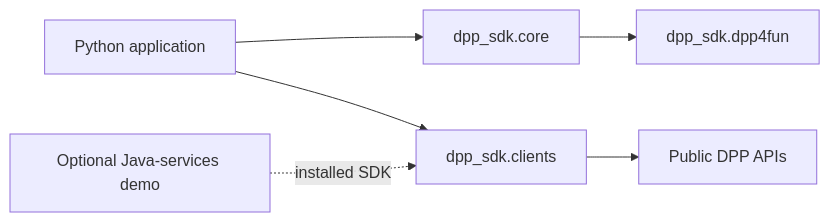
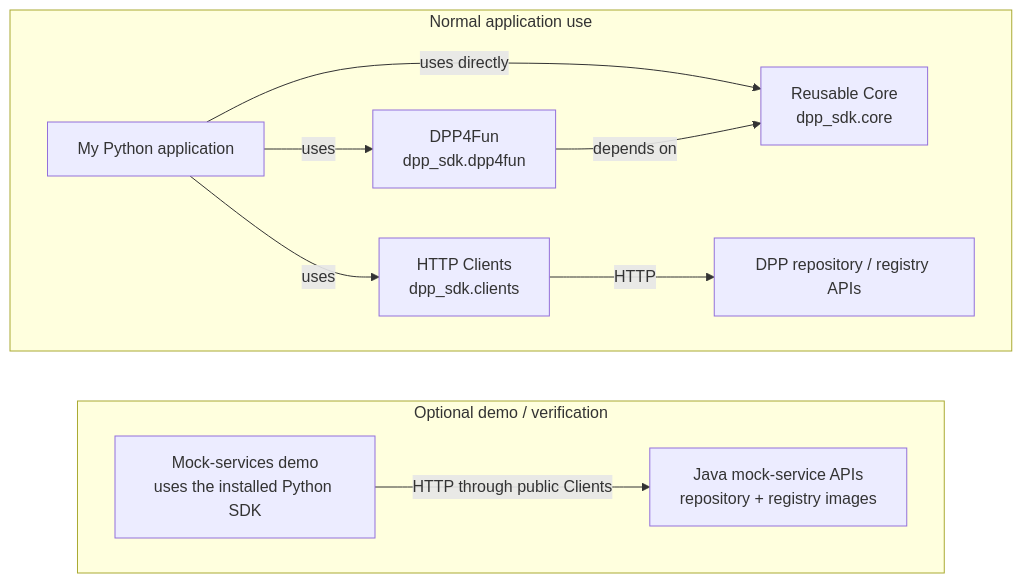
One commit to CIR4FUN-EU/python-dpp-sdk changed the diagram in docs/architecture/python-sdk-overview.mmd. Above: the diagram before and after it, drawn with Mermaid. The commit also changed 114 other files, not shown here.

Commit message:
refactor: finalize mock services demo verification

```diff
--- a/docs/architecture/python-sdk-overview.mmd
+++ b/docs/architecture/python-sdk-overview.mmd
@@ -1,6 +1,24 @@
-flowchart LR
-  App["Python application"] --> Core["dpp_sdk.core"]
-  Core --> Furniture["dpp_sdk.dpp4fun"]
-  App --> Clients["dpp_sdk.clients"]
-  Clients --> Api["Public DPP APIs"]
-  Demo["Optional Java-services demo"] -. installed SDK .-> Clients
+flowchart TB
+  subgraph Normal["Normal application use"]
+    direction LR
+    App["My Python application"]
+    Core["Reusable Core<br/>dpp_sdk.core"]
+    Dpp4Fun["DPP4Fun<br/>dpp_sdk.dpp4fun"]
+    Clients["HTTP Clients<br/>dpp_sdk.clients"]
+    APIs["DPP repository / registry APIs"]
+
+    App -->|uses directly| Core
+    App -->|uses| Dpp4Fun
+    Dpp4Fun -->|depends on| Core
+    App -->|uses| Clients
+    Clients -->|HTTP| APIs
+  end
+
+  subgraph Optional["Optional demo / verification"]
+    direction LR
+    Demo["Mock-services demo<br/>uses the installed Python SDK"]
+    Java["Java mock-service APIs<br/>repository + registry images"]
+    Demo -->|HTTP through public Clients| Java
+  end
+
+  Normal ~~~ Optional
```
